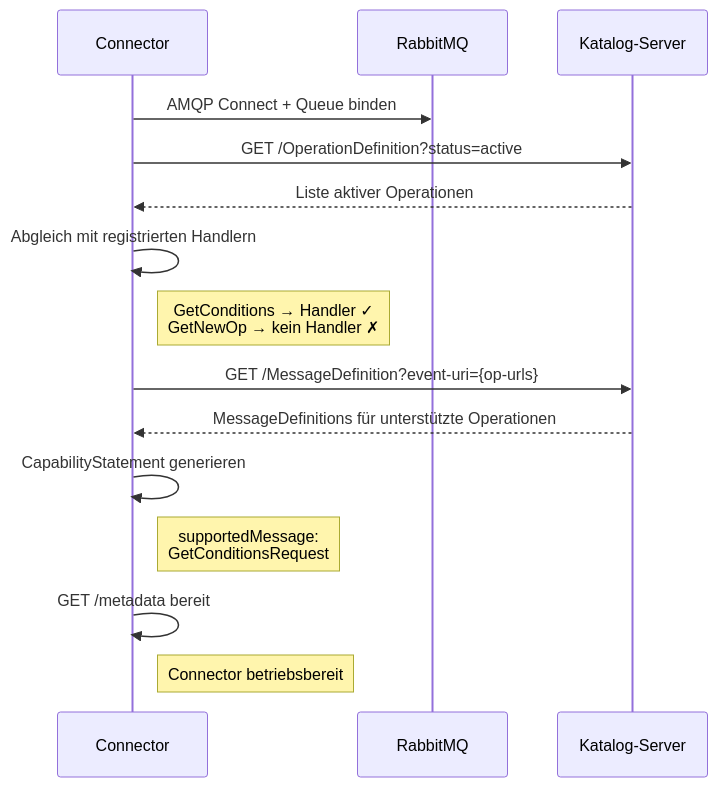
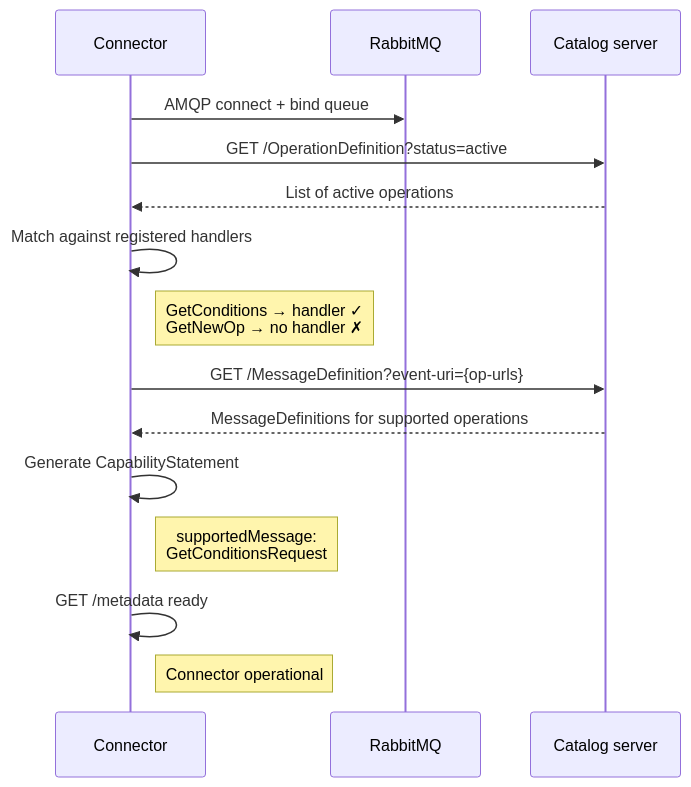
Before and after one commit to forschungsgruppe-digital-health/pds-query-broker: the fourth of 4 diagrams in PDS_INTEGRATION.md, drawn with Mermaid. The commit also changed other lines of this file and 40 other files, not shown here.

````diff
--- a/PDS_INTEGRATION.md
+++ b/PDS_INTEGRATION.md
@@ -321,22 +321,22 @@
 ```mermaid
 sequenceDiagram
     participant C as Connector
     participant MQ as RabbitMQ
-    participant CAT as Katalog-Server
+    participant CAT as Catalog server
 
-    C->>MQ: AMQP Connect + Queue binden
+    C->>MQ: AMQP connect + bind queue
     C->>CAT: GET /OperationDefinition?status=active
-    CAT-->>C: Liste aktiver Operationen
+    CAT-->>C: List of active operations
 
-    C->>C: Abgleich mit registrierten Handlern
-    Note right of C: GetConditions → Handler ✓<br/>GetNewOp → kein Handler ✗
+    C->>C: Match against registered handlers
+    Note right of C: GetConditions → handler ✓<br/>GetNewOp → no handler ✗
 
     C->>CAT: GET /MessageDefinition?event-uri={op-urls}
-    CAT-->>C: MessageDefinitions für unterstützte Operationen
+    CAT-->>C: MessageDefinitions for supported operations
 
-    C->>C: CapabilityStatement generieren
+    C->>C: Generate CapabilityStatement
     Note right of C: supportedMessage:<br/>GetConditionsRequest
 
-    C->>C: GET /metadata bereit
-    Note right of C: Connector betriebsbereit
+    C->>C: GET /metadata ready
+    Note right of C: Connector operational
 ```
````
